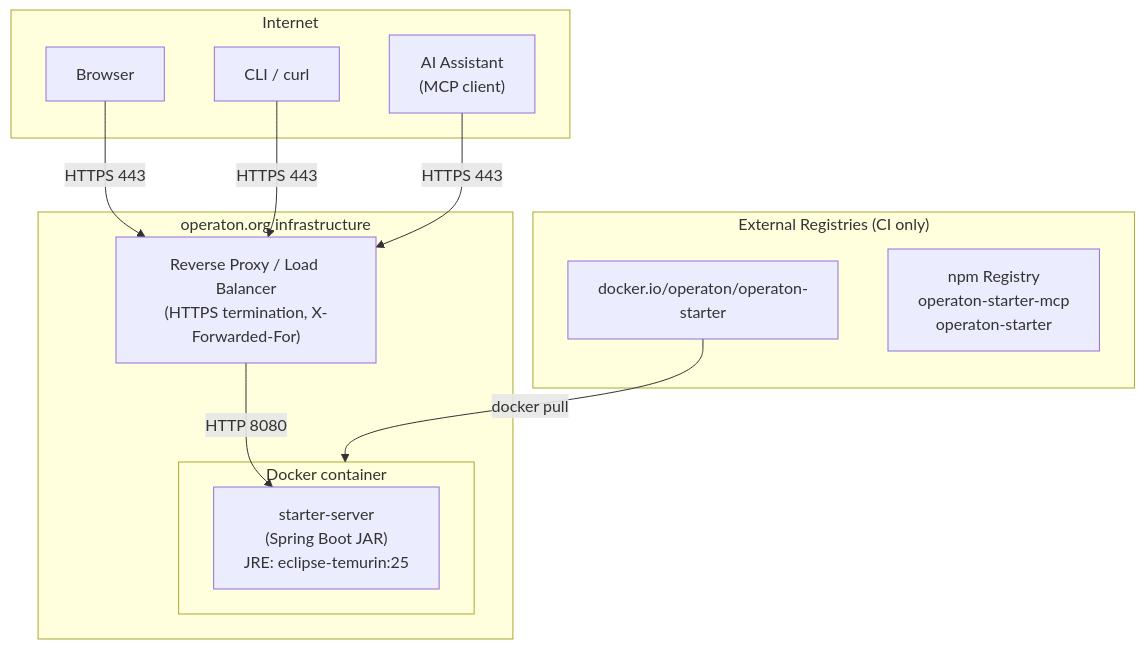
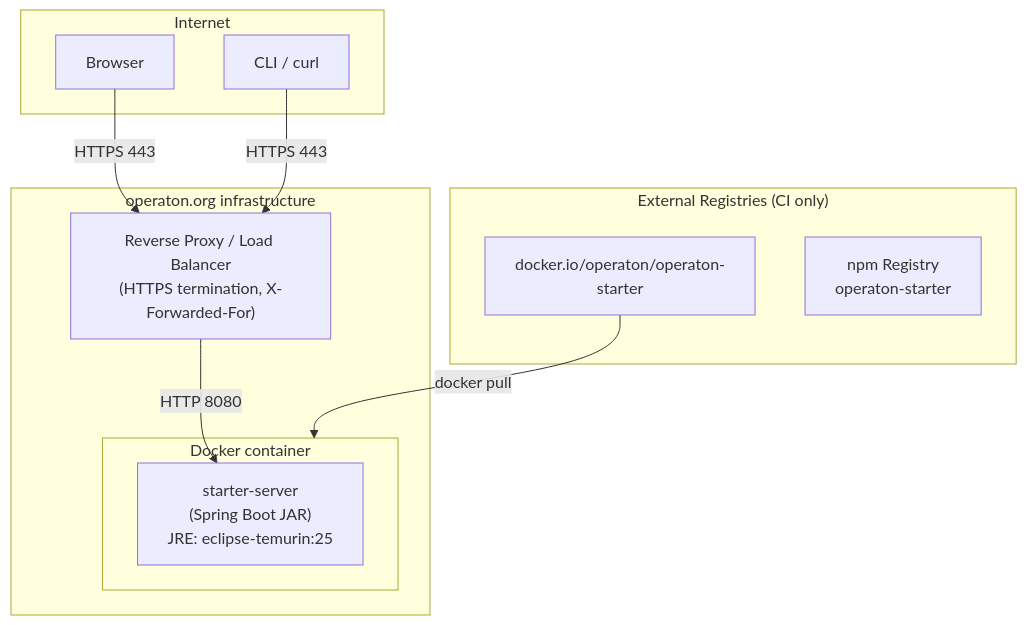
One commit to operaton/operaton-starter changed the first of 2 diagrams in docs/arc42/07-deployment-view.md. Above: the diagram before and after it, drawn with Mermaid. The commit also changed other lines of this file and 37 other files, not shown here.

````diff
--- a/docs/arc42/07-deployment-view.md
+++ b/docs/arc42/07-deployment-view.md
@@ -5,26 +5,24 @@
 ```mermaid
 flowchart TD
     subgraph internet["Internet"]
         BROWSER["Browser"]
         CLI["CLI / curl"]
-        MCP_CLIENT["AI Assistant\n(MCP client)"]
     end
 
     subgraph operaton_infra["operaton.org infrastructure"]
         LB["Reverse Proxy / Load Balancer\n(HTTPS termination, X-Forwarded-For)"]
         subgraph docker["Docker container"]
             APP["starter-server\n(Spring Boot JAR)\nJRE: eclipse-temurin:25"]
         end
     end
 
     subgraph registries["External Registries (CI only)"]
         DOCKERHUB["docker.io/operaton/operaton-starter"]
-        NPM["npm Registry\noperaton-starter-mcp\noperaton-starter"]
+        NPM["npm Registry\noperaton-starter"]
     end
 
     BROWSER -->|HTTPS 443| LB
     CLI -->|HTTPS 443| LB
-    MCP_CLIENT -->|HTTPS 443| LB
     LB -->|HTTP 8080| APP
     DOCKERHUB -->|docker pull| docker
 ```
````
